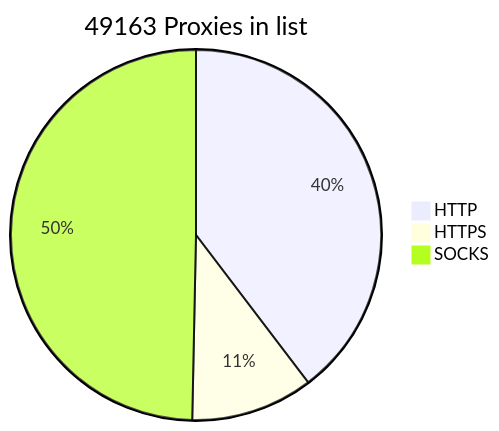
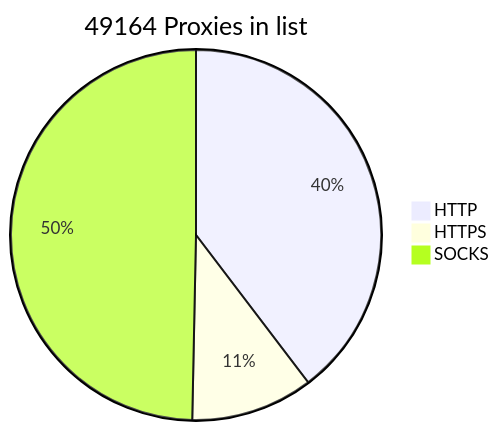
Before and after one commit to BlackSnowDot/proxylist-update-every-minute: the diagram in README.md, drawn with Mermaid.

````diff
--- a/README.md
+++ b/README.md
@@ -2,6 +2,6 @@
 ```mermaid
-pie title 49163 Proxies in list
+pie title 49164 Proxies in list
     "HTTP" : 21540
     "HTTPS": 5800
-    "SOCKS" : 26988
+    "SOCKS" : 26989
 ```
````
